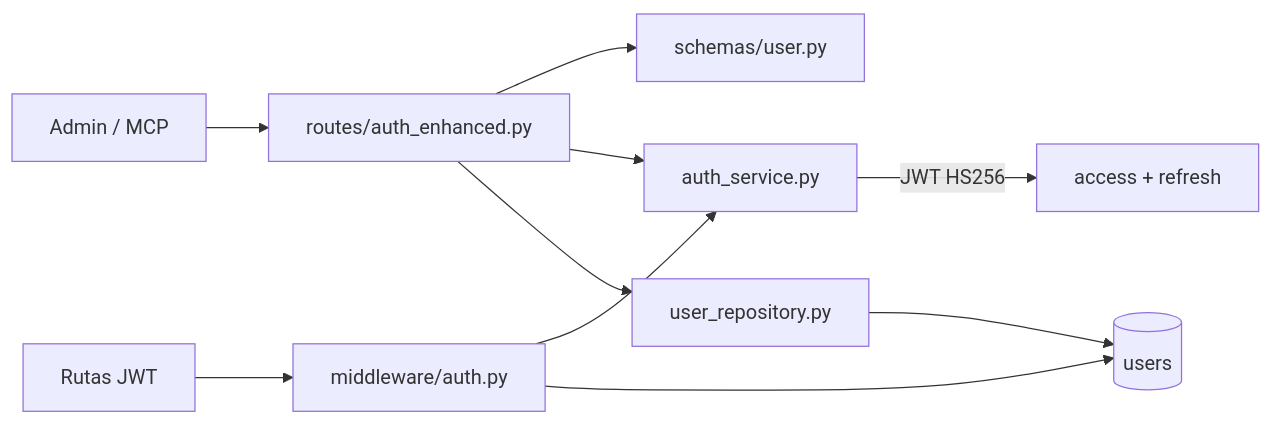
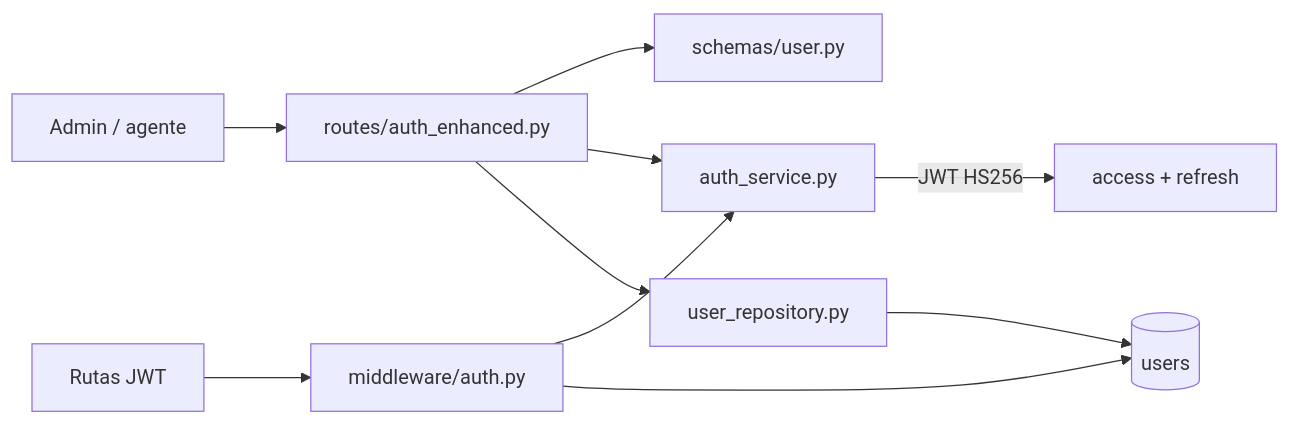
The first of 2 diagrams in cjhirashi-career-api/docs/sections/auth/README.md (cjhirashi/cjhirashi-career), drawn with Mermaid before and after one commit. The commit also changed other lines of this file and 44 other files, not shown here.

````diff
--- a/cjhirashi-career-api/docs/sections/auth/README.md
+++ b/cjhirashi-career-api/docs/sections/auth/README.md
@@ -7,12 +7,12 @@
 ```mermaid
 flowchart LR
-    Client[Admin / MCP] --> Route[routes/auth_enhanced.py]
+    Client[Admin / agente] --> Route[routes/auth_enhanced.py]
     Route --> Schema[schemas/user.py]
     Route --> AuthS[auth_service.py]
     Route --> UserRepo[user_repository.py]
     Protected[Rutas JWT] --> MW[middleware/auth.py]
     MW --> AuthS
     MW --> User[(users)]
     UserRepo --> User
     AuthS -->|JWT HS256| Tokens[access + refresh]
 ```
````
